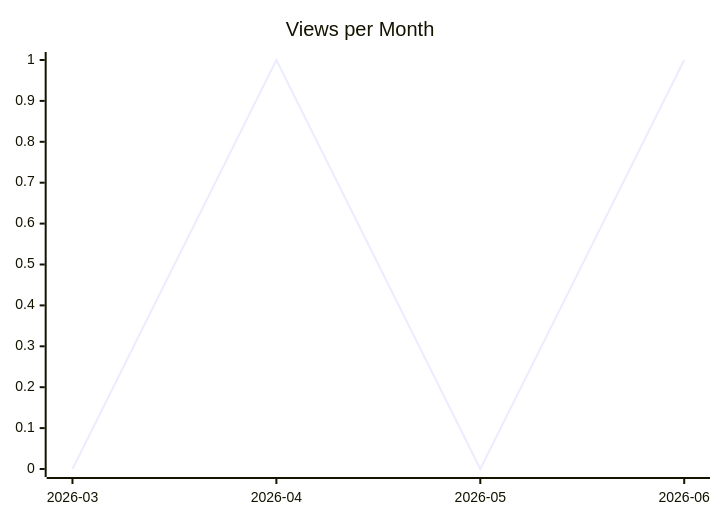
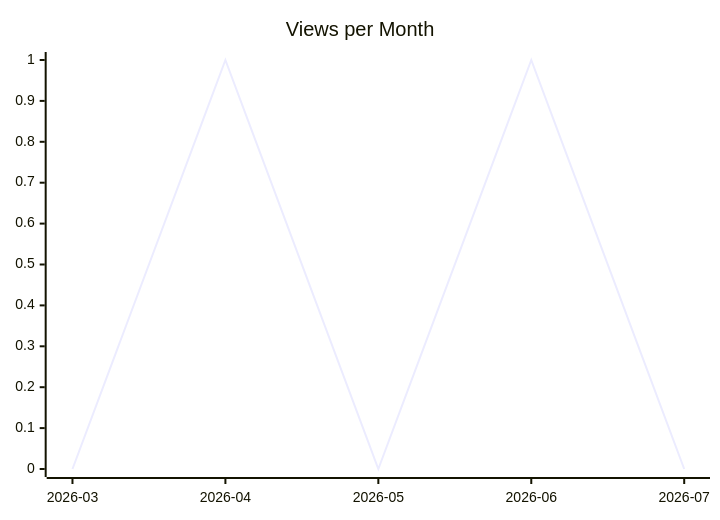
One commit to justdavis-family/github-analytics-data changed the second of 3 diagrams in karlmdavis/ansible-role-rcm-dotfiles/README.md. Above: the diagram before and after it, drawn with Mermaid. The commit also changed other lines of this file and 199 other files, not shown here.

````diff
--- a/karlmdavis/ansible-role-rcm-dotfiles/README.md
+++ b/karlmdavis/ansible-role-rcm-dotfiles/README.md
@@ -12,6 +12,6 @@
 ```mermaid
 xychart-beta
   title "Views per Month"
-  x-axis ["2026-03", "2026-04", "2026-05", "2026-06"]
-  line [0, 1, 0, 1]
+  x-axis ["2026-03", "2026-04", "2026-05", "2026-06", "2026-07"]
+  line [0, 1, 0, 1, 0]
 ```
````
